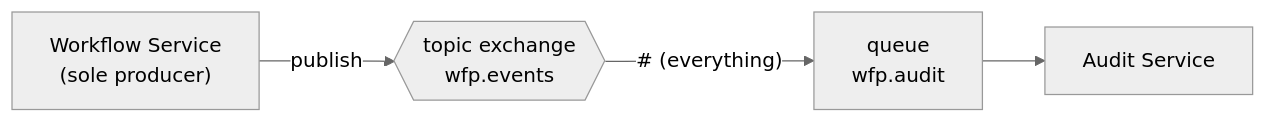
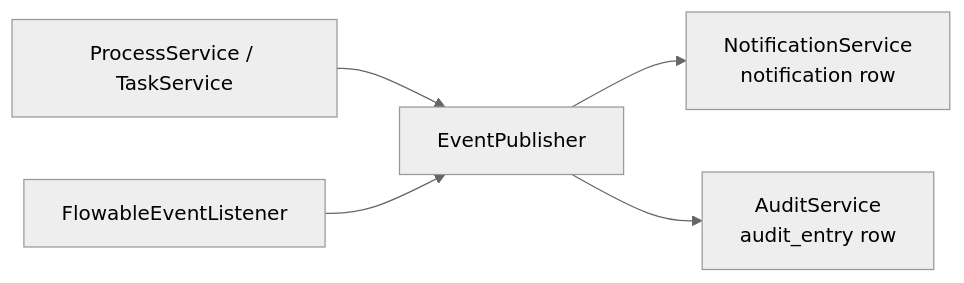
Before and after one commit to mszalus/workflow-platform: the second of 2 diagrams in docs/architecture/concepts.md, drawn with Mermaid (neutral theme). The commit also changed other lines of this file and 101 other files, not shown here.

First line of the commit message:
feat(workflow): fold audit-service into workflow-service and remove RabbitMQ

````diff
--- a/docs/architecture/concepts.md
+++ b/docs/architecture/concepts.md
@@ -72,6 +67,7 @@
 ```mermaid
 flowchart LR
-    WF["Workflow Service<br/>(sole producer)"] -->|publish| EX{{"topic exchange<br/>wfp.events"}}
-    EX -->|"#  (everything)"| QA["queue<br/>wfp.audit"]
-    QA --> AS["Audit Service"]
+    API["ProcessService / TaskService"] --> EP["EventPublisher"]
+    FEL["FlowableEventListener"] --> EP
+    EP --> NS["NotificationService<br/>notification row"]
+    EP --> AS["AuditService<br/>audit_entry row"]
 ```
````
